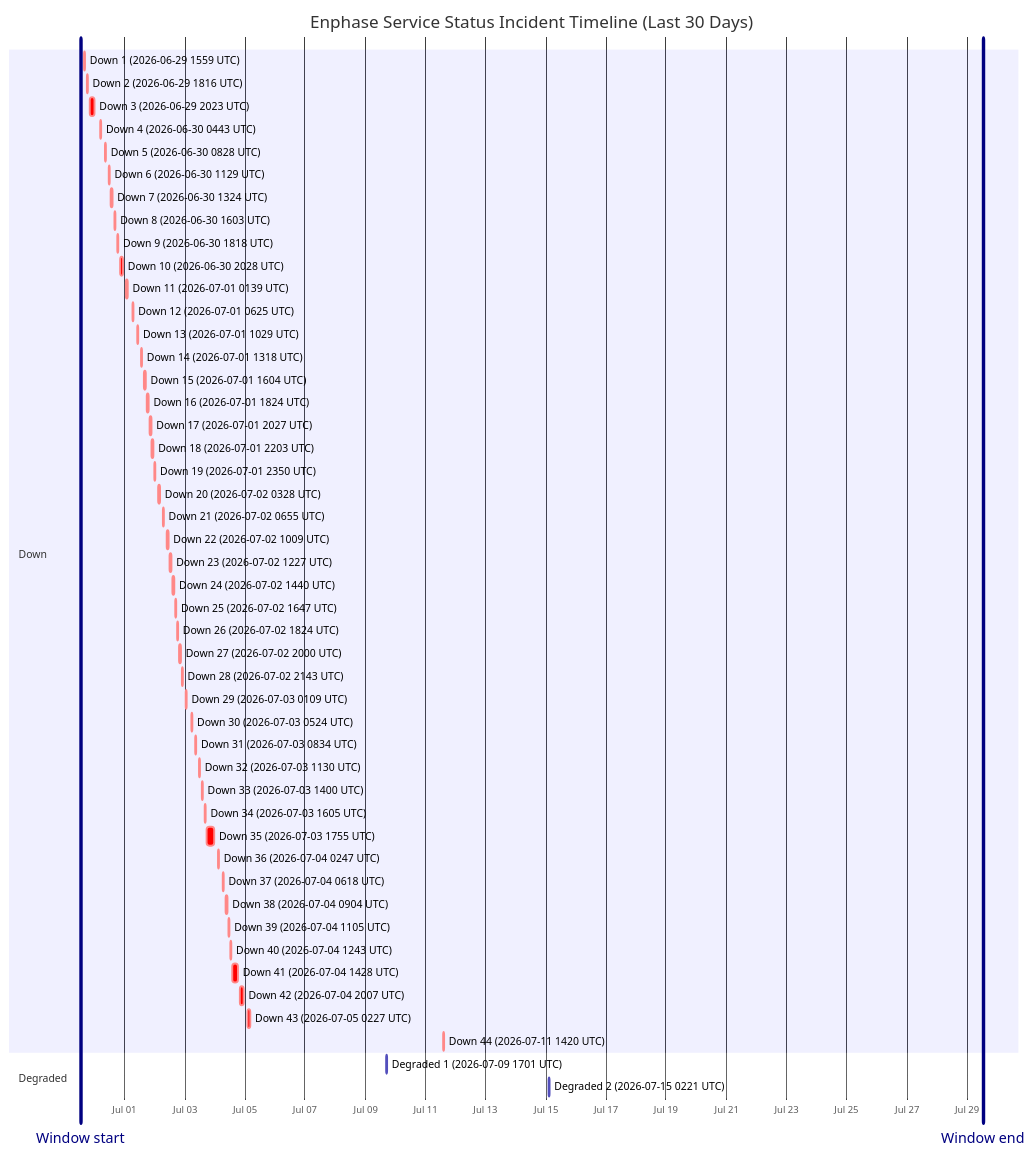
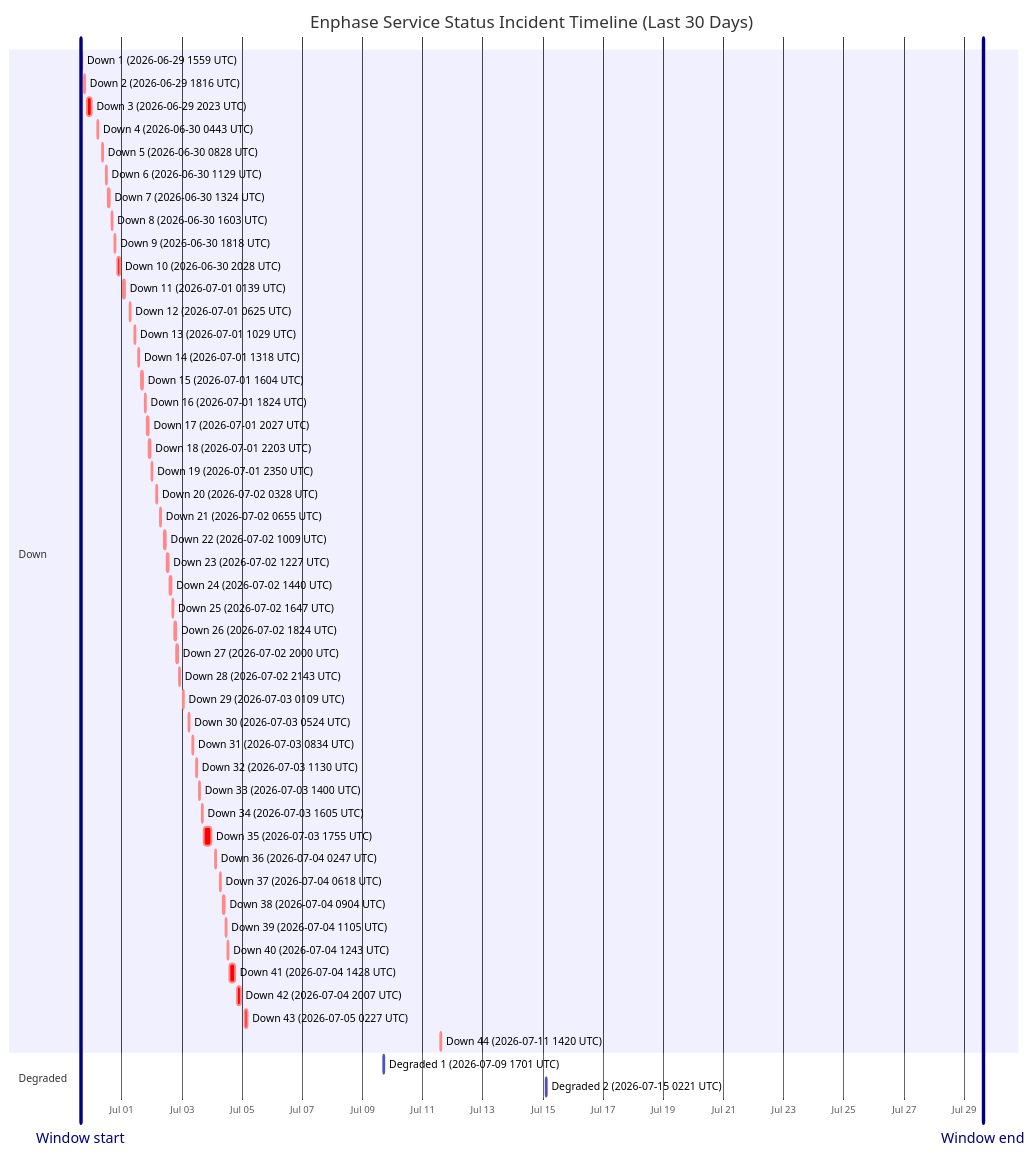
One commit to barneyonline/ha-enphase-energy changed the diagram in wiki/Service-Status-History.md. Above: the diagram before and after it, drawn with Mermaid. The commit also changed other lines of this file and 3 other files, not shown here.

````diff
--- a/wiki/Service-Status-History.md
+++ b/wiki/Service-Status-History.md
@@ -14,56 +14,56 @@
 ```mermaid
 gantt
     title Enphase Service Status Incident Timeline (Last 30 Days)
     dateFormat  YYYY-MM-DDTHH:mm:ss
     axisFormat  %b %d
-    Window start :vert, window-start, 2026-06-29T12:58:43, 0ms
-    Window end :vert, window-end, 2026-07-29T12:58:43, 0ms
+    Window start :vert, window-start, 2026-06-29T15:12:55, 0ms
+    Window end :vert, window-end, 2026-07-29T15:12:55, 0ms
     section Down
     Down 1 (2026-06-29 1559 UTC) :crit, down-1, 2026-06-29T15:59:02, 60m
     Down 2 (2026-06-29 1816 UTC) :crit, down-2, 2026-06-29T18:16:38, 60m
     Down 3 (2026-06-29 2023 UTC) :crit, down-3, 2026-06-29T20:23:16, 220m
     Down 4 (2026-06-30 0443 UTC) :crit, down-4, 2026-06-30T04:43:54, 60m
     Down 5 (2026-06-30 0828 UTC) :crit, down-5, 2026-06-30T08:28:43, 60m
     Down 6 (2026-06-30 1129 UTC) :crit, down-6, 2026-06-30T11:29:15, 60m
     Down 7 (2026-06-30 1324 UTC) :crit, down-7, 2026-06-30T13:24:25, 60m
     Down 8 (2026-06-30 1603 UTC) :crit, down-8, 2026-06-30T16:03:26, 60m
     Down 9 (2026-06-30 1818 UTC) :crit, down-9, 2026-06-30T18:18:39, 60m
     Down 10 (2026-06-30 2028 UTC) :crit, down-10, 2026-06-30T20:28:54, 171m
     Down 11 (2026-07-01 0139 UTC) :crit, down-11, 2026-07-01T01:39:18, 60m
     Down 12 (2026-07-01 0625 UTC) :crit, down-12, 2026-07-01T06:25:35, 60m
     Down 13 (2026-07-01 1029 UTC) :crit, down-13, 2026-07-01T10:29:24, 60m
     Down 14 (2026-07-01 1318 UTC) :crit, down-14, 2026-07-01T13:18:31, 60m
     Down 15 (2026-07-01 1604 UTC) :crit, down-15, 2026-07-01T16:04:29, 60m
     Down 16 (2026-07-01 1824 UTC) :crit, down-16, 2026-07-01T18:24:21, 60m
     Down 17 (2026-07-01 2027 UTC) :crit, down-17, 2026-07-01T20:27:17, 60m
     Down 18 (2026-07-01 2203 UTC) :crit, down-18, 2026-07-01T22:03:46, 60m
     Down 19 (2026-07-01 2350 UTC) :crit, down-19, 2026-07-01T23:50:52, 60m
     Down 20 (2026-07-02 0328 UTC) :crit, down-20, 2026-07-02T03:28:33, 60m
     Down 21 (2026-07-02 0655 UTC) :crit, down-21, 2026-07-02T06:55:07, 60m
     Down 22 (2026-07-02 1009 UTC) :crit, down-22, 2026-07-02T10:09:15, 60m
     Down 23 (2026-07-02 1227 UTC) :crit, down-23, 2026-07-02T12:27:49, 60m
     Down 24 (2026-07-02 1440 UTC) :crit, down-24, 2026-07-02T14:40:53, 60m
     Down 25 (2026-07-02 1647 UTC) :crit, down-25, 2026-07-02T16:47:47, 60m
     Down 26 (2026-07-02 1824 UTC) :crit, down-26, 2026-07-02T18:24:26, 60m
     Down 27 (2026-07-02 2000 UTC) :crit, down-27, 2026-07-02T20:00:57, 60m
     Down 28 (2026-07-02 2143 UTC) :crit, down-28, 2026-07-02T21:43:52, 80m
     Down 29 (2026-07-03 0109 UTC) :crit, down-29, 2026-07-03T01:09:19, 60m
     Down 30 (2026-07-03 0524 UTC) :crit, down-30, 2026-07-03T05:24:23, 60m
     Down 31 (2026-07-03 0834 UTC) :crit, down-31, 2026-07-03T08:34:05, 60m
     Down 32 (2026-07-03 1130 UTC) :crit, down-32, 2026-07-03T11:30:41, 60m
     Down 33 (2026-07-03 1400 UTC) :crit, down-33, 2026-07-03T14:00:48, 60m
     Down 34 (2026-07-03 1605 UTC) :crit, down-34, 2026-07-03T16:05:49, 60m
     Down 35 (2026-07-03 1755 UTC) :crit, down-35, 2026-07-03T17:55:54, 338m
     Down 36 (2026-07-04 0247 UTC) :crit, down-36, 2026-07-04T02:47:22, 60m
     Down 37 (2026-07-04 0618 UTC) :crit, down-37, 2026-07-04T06:18:09, 60m
     Down 38 (2026-07-04 0904 UTC) :crit, down-38, 2026-07-04T09:04:41, 60m
     Down 39 (2026-07-04 1105 UTC) :crit, down-39, 2026-07-04T11:05:21, 60m
     Down 40 (2026-07-04 1243 UTC) :crit, down-40, 2026-07-04T12:43:25, 60m
     Down 41 (2026-07-04 1428 UTC) :crit, down-41, 2026-07-04T14:28:07, 243m
     Down 42 (2026-07-04 2007 UTC) :crit, down-42, 2026-07-04T20:07:50, 206m
     Down 43 (2026-07-05 0227 UTC) :crit, down-43, 2026-07-05T02:27:32, 109m
     Down 44 (2026-07-11 1420 UTC) :crit, down-44, 2026-07-11T14:20:54, 69m
     section Degraded
     Degraded 1 (2026-07-09 1701 UTC) :active, degraded-1, 2026-07-09T17:01:02, 60m
     Degraded 2 (2026-07-15 0221 UTC) :active, degraded-2, 2026-07-15T02:21:35, 60m
 ```
````
